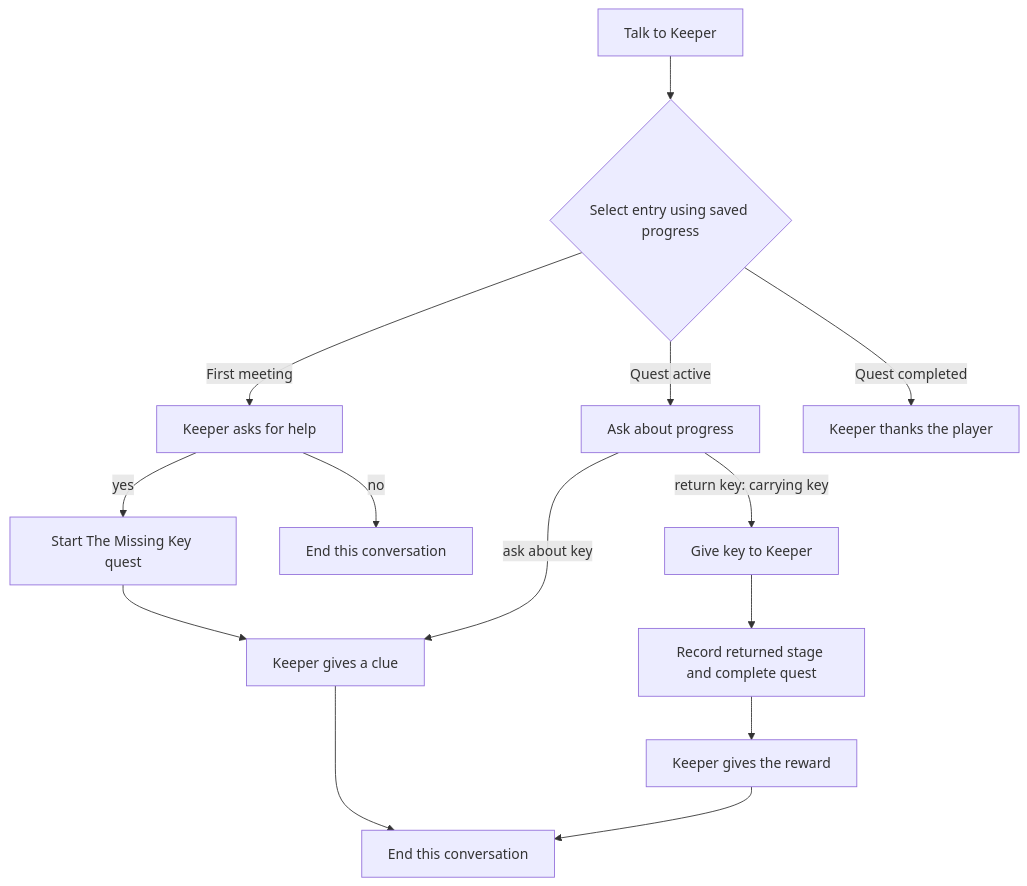
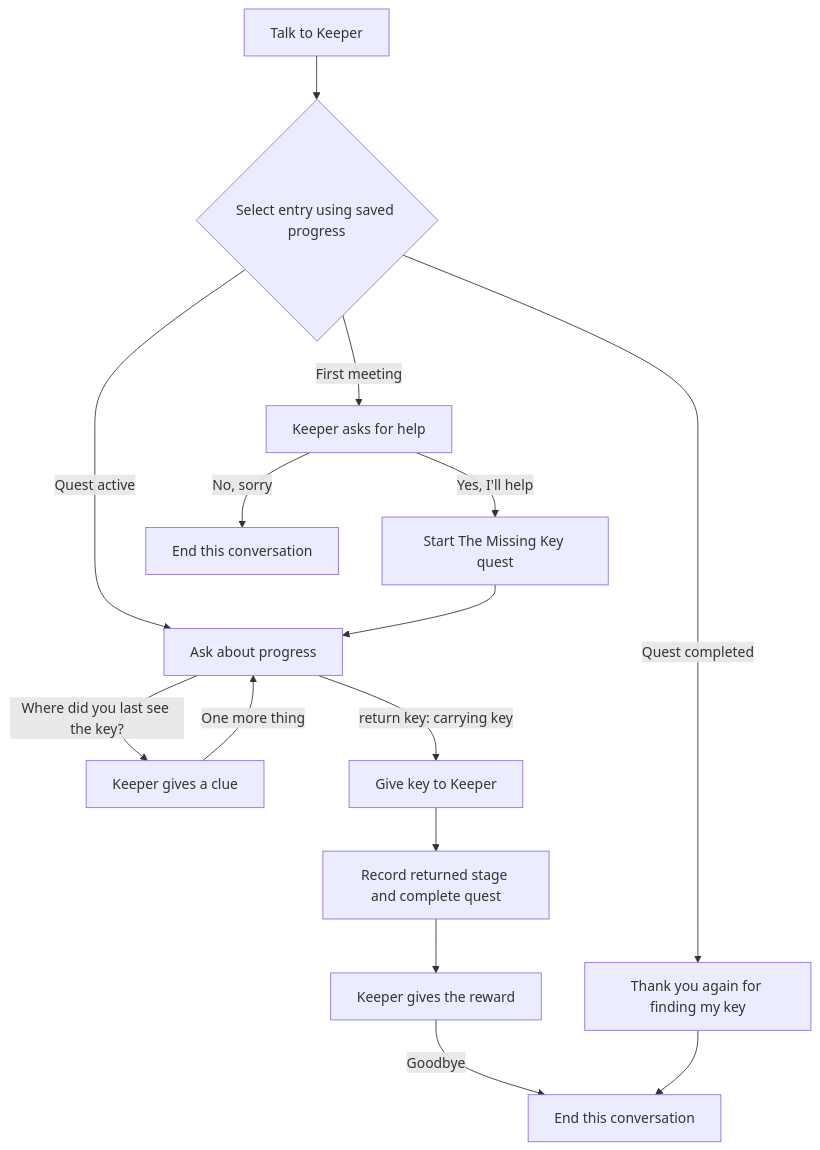
Before and after one commit to pmck91/luna-engine: the diagram in docs/plans/conversations-and-quests.md, drawn with Mermaid. The commit also changed other lines of this file and 21 other files, not shown here.

Commit message:
Design and accept conversation and quest authoring

````diff
--- a/docs/plans/conversations-and-quests.md
+++ b/docs/plans/conversations-and-quests.md
@@ -42,16 +42,17 @@
 ```mermaid
 flowchart TD
     Talk[Talk to Keeper] --> Entry{Select entry using saved progress}
     Entry -->|First meeting| Offer[Keeper asks for help]
     Entry -->|Quest active| Progress[Ask about progress]
-    Entry -->|Quest completed| Thanks[Keeper thanks the player]
-    Offer -->|yes| Accept[Start The Missing Key quest]
-    Offer -->|no| Decline[End this conversation]
-    Accept --> Advice[Keeper gives a clue]
-    Progress -->|ask about key| Advice
+    Entry -->|Quest completed| Revisit[Thank you again for finding my key]
+    Offer -->|Yes, I'll help| Accept[Start The Missing Key quest]
+    Offer -->|No, sorry| Decline[End this conversation]
+    Accept --> Progress
+    Progress -->|Where did you last see the key?| Advice[Keeper gives a clue]
     Progress -->|return key: carrying key| Return[Give key to Keeper]
     Return --> Finish[Record returned stage and complete quest]
     Finish --> Reward[Keeper gives the reward]
-    Advice --> Leave[End this conversation]
-    Reward --> Leave
+    Advice -->|One more thing| Progress
+    Reward -->|Goodbye| Leave[End this conversation]
+    Revisit --> Leave
 ```
````
